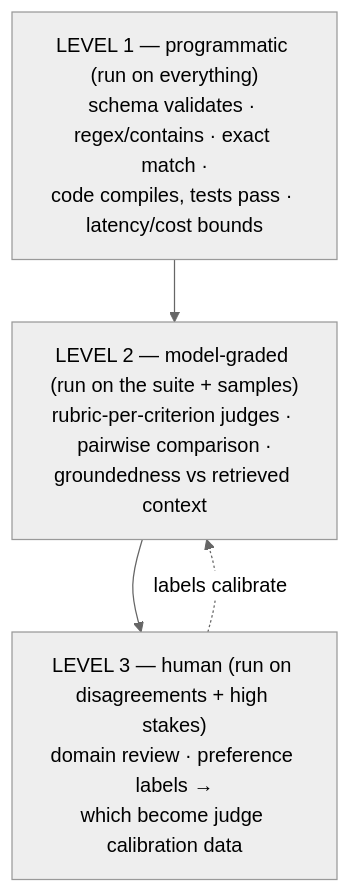
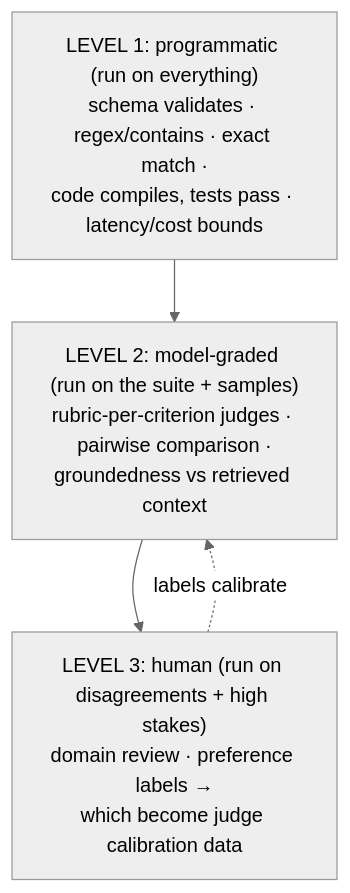
Before and after one commit to babushkai/system-design-patterns: the diagram in 17-llm-systems/10-llm-evaluation.md, drawn with Mermaid (neutral theme). The commit also changed other lines of this file and 149 other files, not shown here.

````diff
--- a/17-llm-systems/10-llm-evaluation.md
+++ b/17-llm-systems/10-llm-evaluation.md
@@ -45,8 +45,8 @@
 ```mermaid
 graph TD
-    L1["LEVEL 1 — programmatic (run on everything)<br/>schema validates · regex/contains · exact match ·<br/>code compiles, tests pass · latency/cost bounds"]
-    L2["LEVEL 2 — model-graded (run on the suite + samples)<br/>rubric-per-criterion judges · pairwise comparison ·<br/>groundedness vs retrieved context"]
-    L3["LEVEL 3 — human (run on disagreements + high stakes)<br/>domain review · preference labels →<br/>which become judge calibration data"]
+    L1["LEVEL 1: programmatic (run on everything)<br/>schema validates · regex/contains · exact match ·<br/>code compiles, tests pass · latency/cost bounds"]
+    L2["LEVEL 2: model-graded (run on the suite + samples)<br/>rubric-per-criterion judges · pairwise comparison ·<br/>groundedness vs retrieved context"]
+    L3["LEVEL 3: human (run on disagreements + high stakes)<br/>domain review · preference labels →<br/>which become judge calibration data"]
     L1 --> L2 --> L3
     L3 -.->|"labels calibrate"| L2
 ```
````
